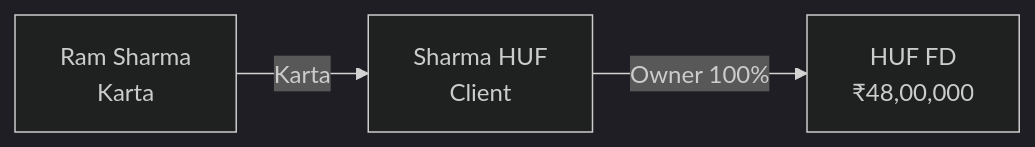
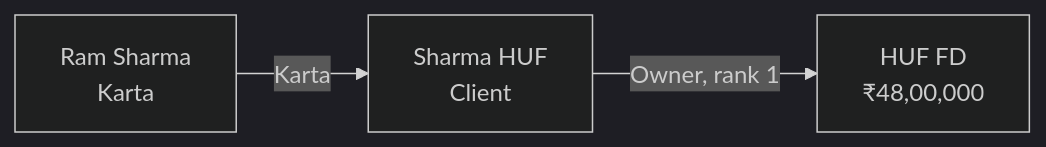
Before and after one commit to knapsfs/dhanada: the second of 2 diagrams in docs/05-examples/company-and-huf.md, drawn with Mermaid (dark theme). The commit also changed other lines of this file and 35 other files, not shown here.

````diff
--- a/docs/05-examples/company-and-huf.md
+++ b/docs/05-examples/company-and-huf.md
@@ -85,9 +85,9 @@
 ```mermaid
 flowchart LR
     RAM["Ram Sharma<br/>Karta"]
     HUF["Sharma HUF<br/>Client"]
     FD["HUF FD<br/>₹48,00,000"]
 
     RAM -->|Karta| HUF
-    HUF -->|Owner 100%| FD
+    HUF -->|Owner, rank 1| FD
 ```
````
